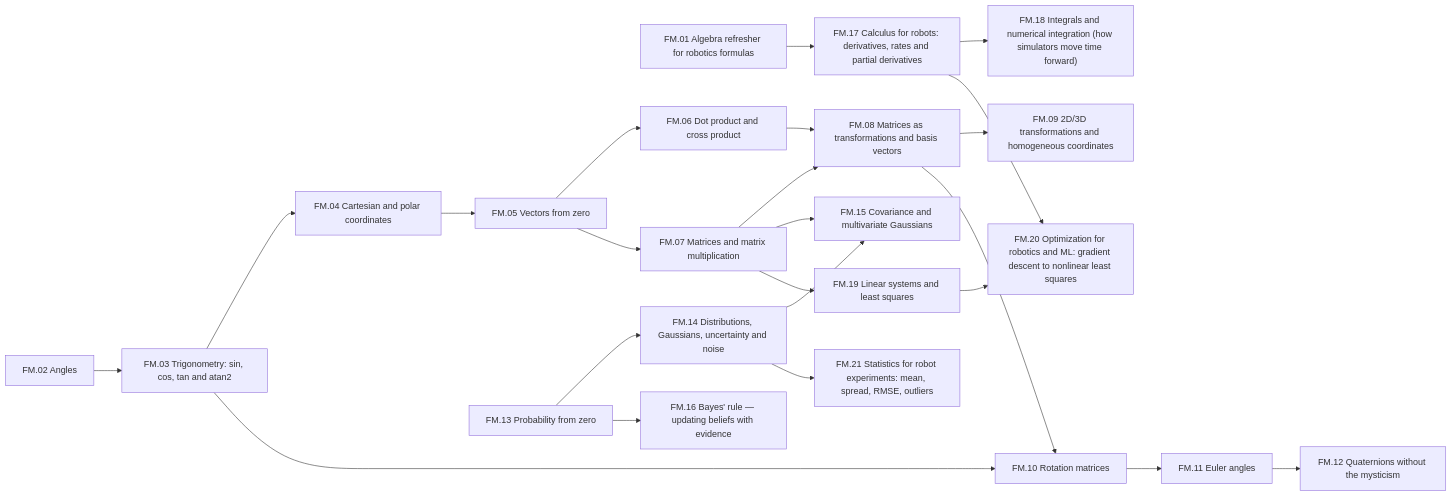
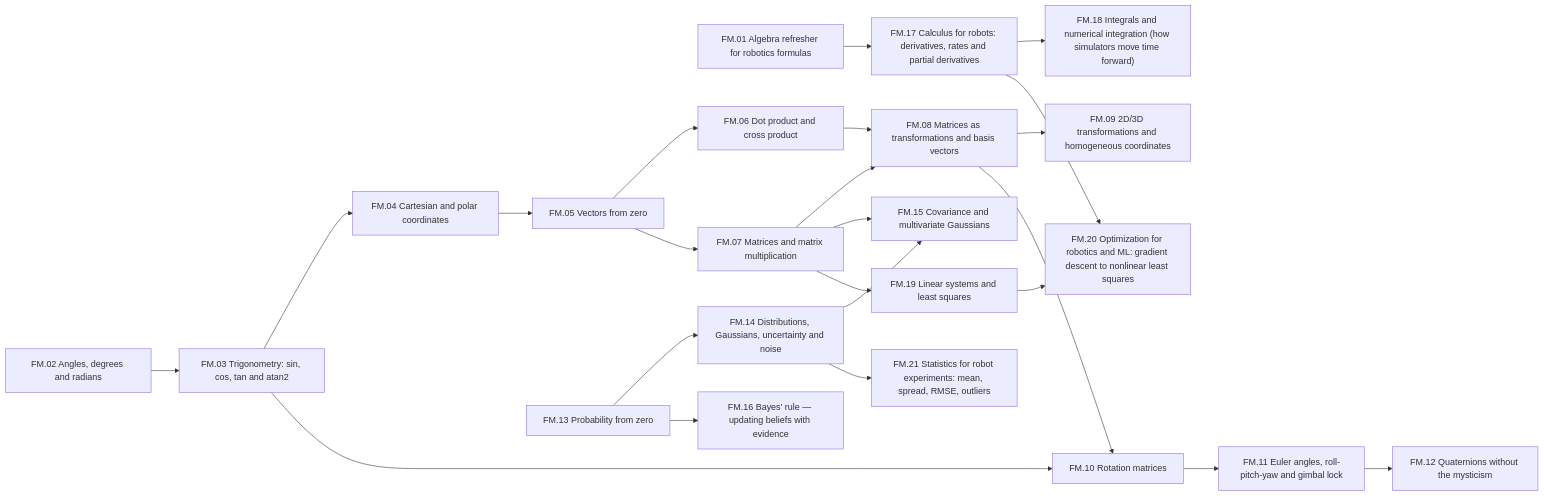
Diagram 23 of 32 in curriculum/dependency-graph.md (tal-giladi/robotics-course), drawn with Mermaid before and after one commit. The commit also changed other lines of this file and 39 other files, not shown here.

````diff
--- a/curriculum/dependency-graph.md
+++ b/curriculum/dependency-graph.md
@@ -1489,46 +1495,46 @@
 ```mermaid
 flowchart LR
   n_FM_01["FM.01 Algebra refresher for robotics formulas"]
-  n_FM_02["FM.02 Angles"]
+  n_FM_02["FM.02 Angles, degrees and radians"]
   n_FM_03["FM.03 Trigonometry: sin, cos, tan and atan2"]
   n_FM_04["FM.04 Cartesian and polar coordinates"]
   n_FM_05["FM.05 Vectors from zero"]
   n_FM_06["FM.06 Dot product and cross product"]
   n_FM_07["FM.07 Matrices and matrix multiplication"]
   n_FM_08["FM.08 Matrices as transformations and basis vectors"]
   n_FM_09["FM.09 2D/3D transformations and homogeneous coordinates"]
   n_FM_10["FM.10 Rotation matrices"]
-  n_FM_11["FM.11 Euler angles"]
+  n_FM_11["FM.11 Euler angles, roll-pitch-yaw and gimbal lock"]
   n_FM_12["FM.12 Quaternions without the mysticism"]
   n_FM_13["FM.13 Probability from zero"]
   n_FM_14["FM.14 Distributions, Gaussians, uncertainty and noise"]
   n_FM_15["FM.15 Covariance and multivariate Gaussians"]
   n_FM_16["FM.16 Bayes' rule — updating beliefs with evidence"]
   n_FM_17["FM.17 Calculus for robots: derivatives, rates and partial derivatives"]
   n_FM_18["FM.18 Integrals and numerical integration (how simulators move time forward)"]
   n_FM_19["FM.19 Linear systems and least squares"]
   n_FM_20["FM.20 Optimization for robotics and ML: gradient descent to nonlinear least squares"]
   n_FM_21["FM.21 Statistics for robot experiments: mean, spread, RMSE, outliers"]
   n_FM_02 --> n_FM_03
   n_FM_03 --> n_FM_04
   n_FM_04 --> n_FM_05
   n_FM_05 --> n_FM_06
   n_FM_05 --> n_FM_07
   n_FM_07 --> n_FM_08
   n_FM_06 --> n_FM_08
   n_FM_08 --> n_FM_09
   n_FM_08 --> n_FM_10
   n_FM_03 --> n_FM_10
   n_FM_10 --> n_FM_11
   n_FM_11 --> n_FM_12
   n_FM_13 --> n_FM_14
   n_FM_14 --> n_FM_15
   n_FM_07 --> n_FM_15
   n_FM_13 --> n_FM_16
   n_FM_01 --> n_FM_17
   n_FM_17 --> n_FM_18
   n_FM_07 --> n_FM_19
   n_FM_19 --> n_FM_20
   n_FM_17 --> n_FM_20
   n_FM_14 --> n_FM_21
 ```
````
